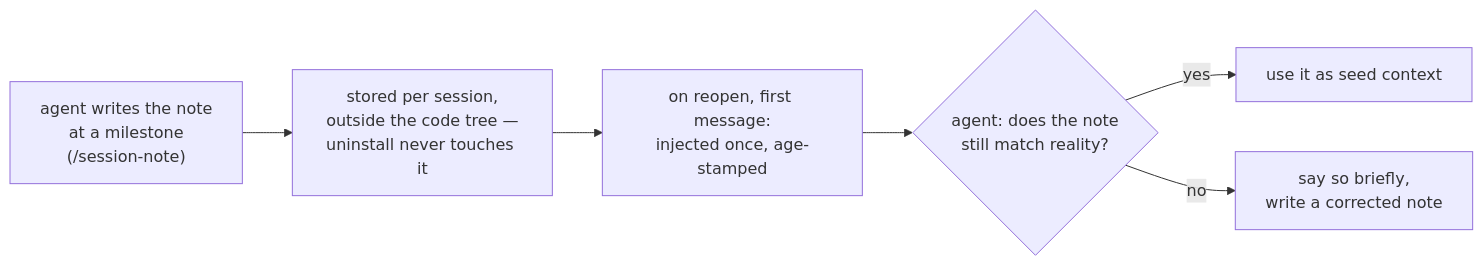
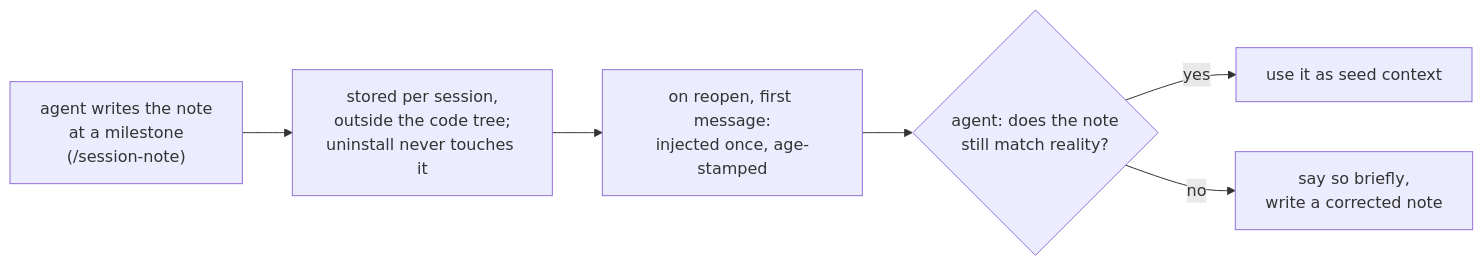
One commit to sabilmakbar/claude-session-kit changed the fifth of 5 diagrams in docs/FLOWS.md. Above: the diagram before and after it, drawn with Mermaid. The commit also changed other lines of this file, not shown here.

Commit message:
docs: finish em-dash sweep in FLOWS diagram labels

````diff
--- a/docs/FLOWS.md
+++ b/docs/FLOWS.md
@@ -105,8 +105,8 @@
 ```mermaid
 flowchart LR
-    W["agent writes the note<br/>at a milestone<br/>(/session-note)"] --> S["stored per session,<br/>outside the code tree —<br/>uninstall never touches it"]
+    W["agent writes the note<br/>at a milestone<br/>(/session-note)"] --> S["stored per session,<br/>outside the code tree;<br/>uninstall never touches it"]
     S --> R["on reopen, first message:<br/>injected once, age-stamped"]
     R --> J{"agent: does the note<br/>still match reality?"}
     J -- yes --> U["use it as seed context"]
     J -- no --> F["say so briefly,<br/>write a corrected note"]
 ```
````
